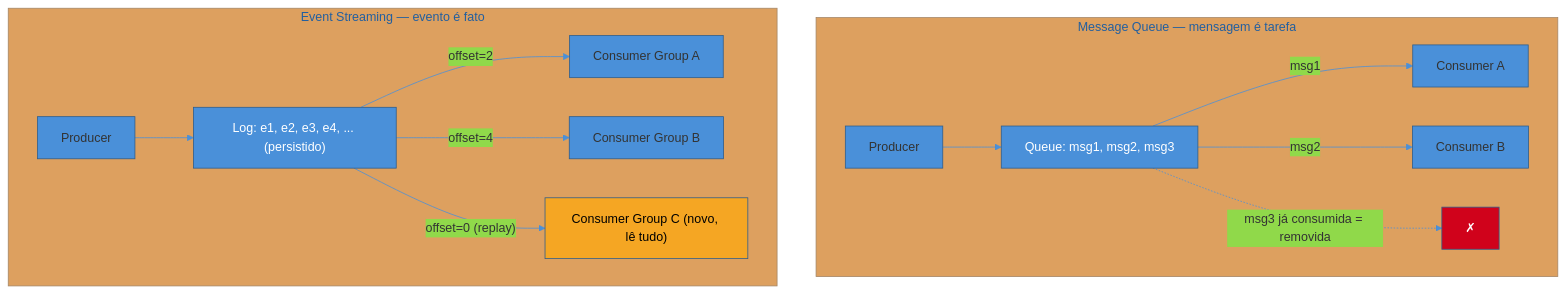
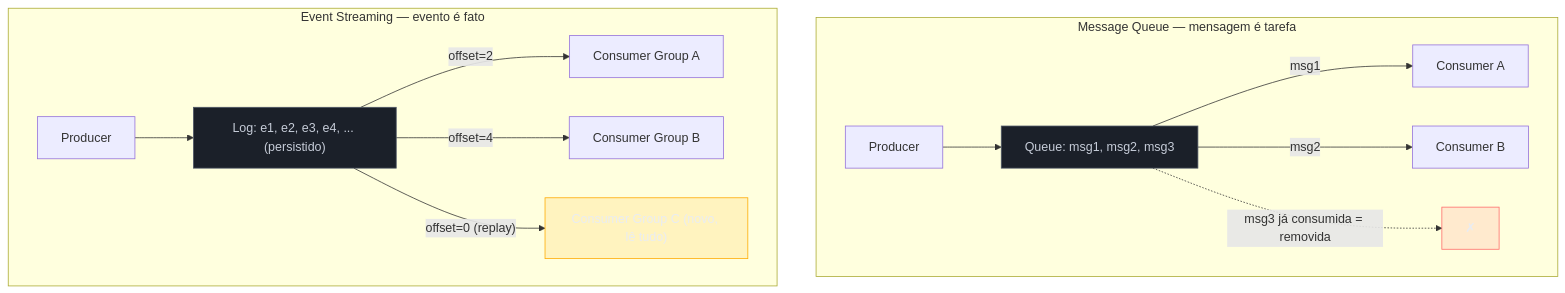
One commit to josenaldo/codex-technomanticus changed the first of 2 diagrams in 03-Dominios/Engenharia/Comunicação entre Sistemas/4 - Comunicação assíncrona/02 - Message queue vs event streaming.md. Above: the diagram before and after it, drawn with Mermaid. The commit also changed other lines of this file and 1181 other files, not shown here.

First line of the commit message:
fix(diagramas): paleta do sistema no lugar de cor cravada no markdown

````diff
--- a/03-Dominios/Engenharia/Comunicação entre Sistemas/4 - Comunicação assíncrona/02 - Message queue vs event streaming.md
+++ b/03-Dominios/Engenharia/Comunicação entre Sistemas/4 - Comunicação assíncrona/02 - Message queue vs event streaming.md
@@ -52,22 +52,24 @@
 ```mermaid
-%%{init: {"theme": "base", "themeVariables": {"primaryColor": "#4A90D9", "primaryBorderColor": "#2E5C8A", "lineColor": "#4A90D9"}}}%%
 graph TB
+    classDef neutro fill:#1B2029,stroke:#4E5666,color:#C6CCD8
+    classDef falha fill:#FF6B6B24,stroke:#FF6B6B,color:#E9ECF2
+    classDef destaque fill:#FFAA0024,stroke:#FFAA00,color:#E9ECF2
     subgraph Fila["Message Queue — mensagem é tarefa"]
         P1["Producer"] --> Q["Queue: msg1, msg2, msg3"]
         Q -->|"msg1"| C1["Consumer A"]
         Q -->|"msg2"| C2["Consumer B"]
         Q -.->|"msg3 já consumida = removida"| X["✗"]
     end
 
     subgraph Stream["Event Streaming — evento é fato"]
         P2["Producer"] --> L["Log: e1, e2, e3, e4, ... (persistido)"]
         L -->|"offset=2"| G1["Consumer Group A"]
         L -->|"offset=4"| G2["Consumer Group B"]
         L -->|"offset=0 (replay)"| G3["Consumer Group C (novo, lê tudo)"]
     end
 
-    style Q fill:#4A90D9,color:#fff
-    style L fill:#4A90D9,color:#fff
-    style X fill:#D0021B,color:#fff
-    style G3 fill:#F5A623,color:#000
+    class Q neutro
+    class L neutro
+    class X falha
+    class G3 destaque
 ```
````
